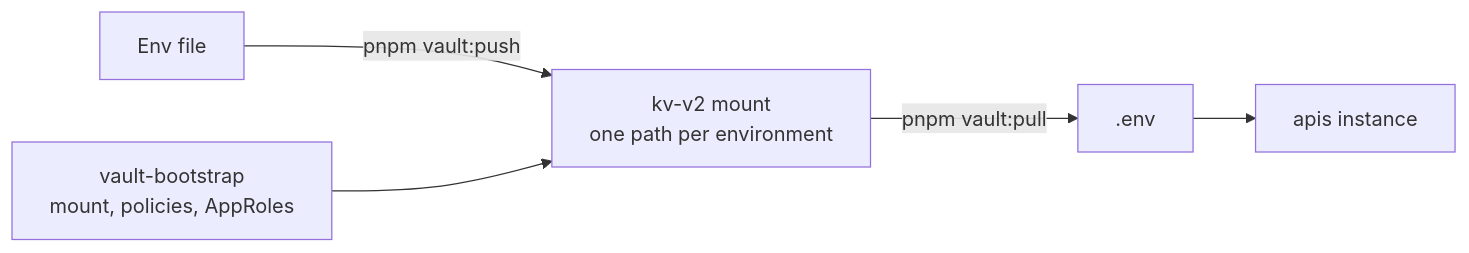
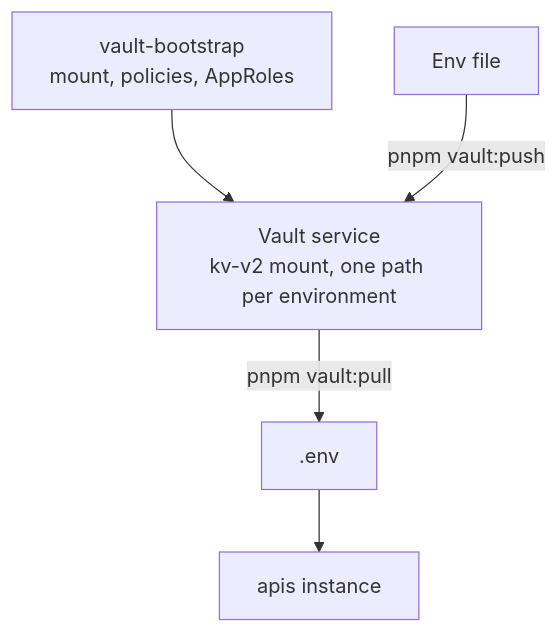
Before and after one commit to andrechristikan/ack-nestjs-boilerplate: the diagram in docs/concepts/vault.md, drawn with Mermaid. The commit also changed other lines of this file and 35 other files, not shown here.

Commit message:
docs: draw every diagram top to bottom and match each to its page

````diff
--- a/docs/concepts/vault.md
+++ b/docs/concepts/vault.md
@@ -27,7 +29,7 @@
 ```mermaid
-flowchart LR
-    FILE["Env file"] -->|"pnpm vault:push"| KV["kv-v2 mount<br/>one path per environment"]
-    BOOT["vault-bootstrap<br/>mount, policies, AppRoles"] --> KV
+flowchart TB
+    BOOT["vault-bootstrap<br/>mount, policies, AppRoles"] --> KV["Vault service<br/>kv-v2 mount, one path per environment"]
+    FILE["Env file"] -->|"pnpm vault:push"| KV
     KV -->|"pnpm vault:pull"| ENV[".env"]
     ENV --> APIS["apis instance"]
 ```
````
